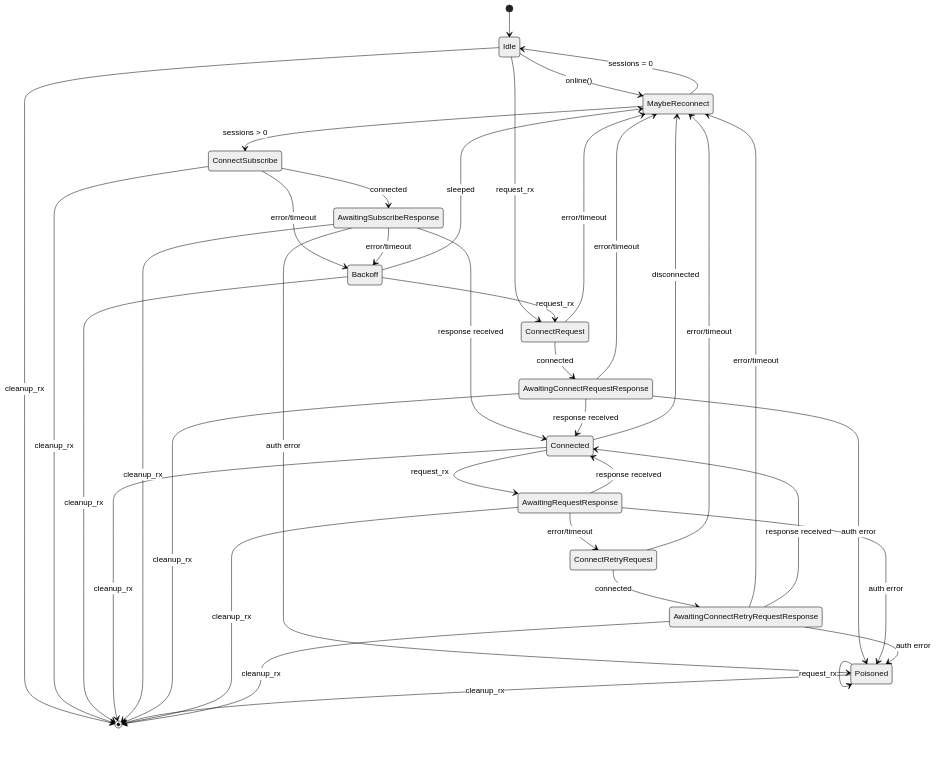
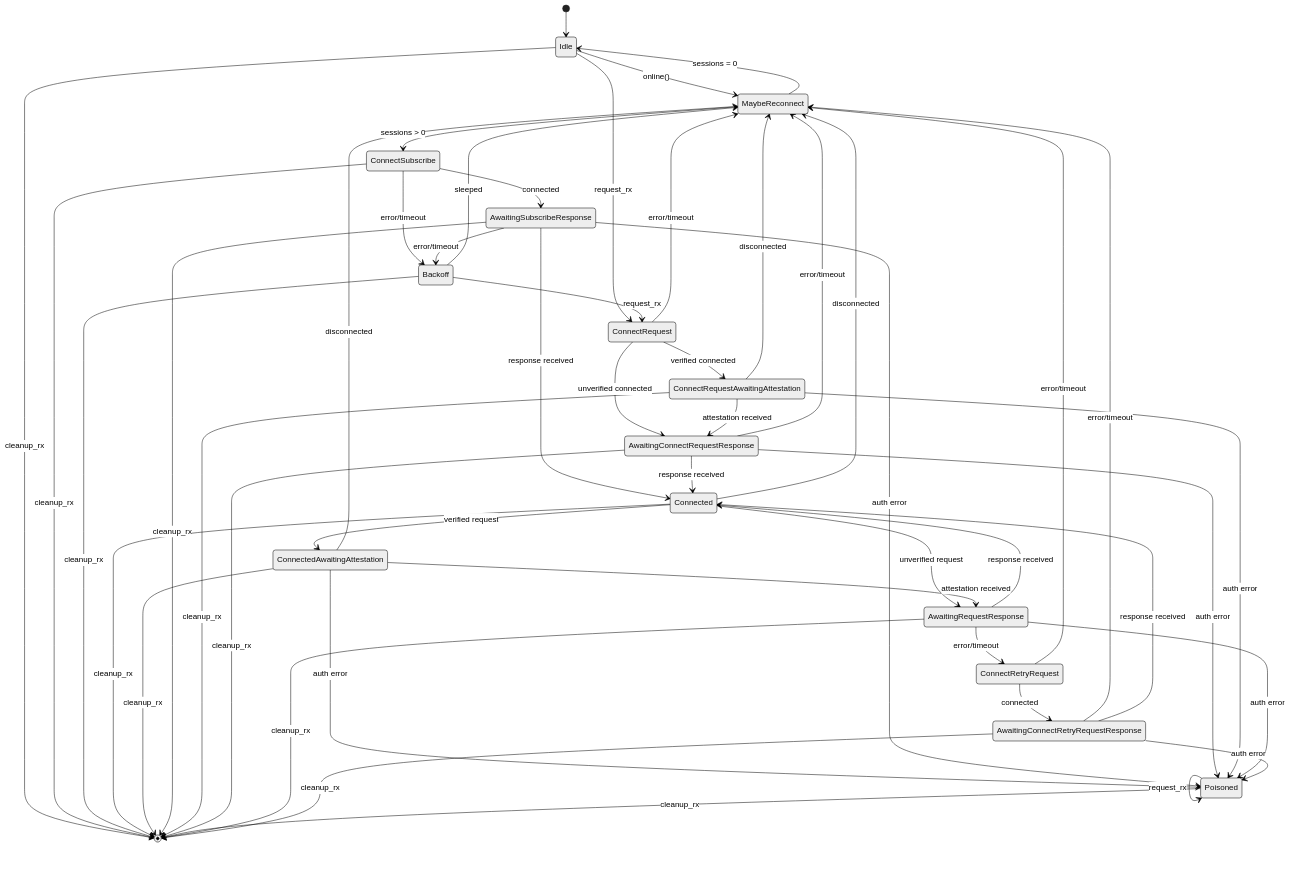
Before and after one commit to reown-com/yttrium: the diagram in crates/yttrium/src/sign/readme.md, drawn with Mermaid (neutral theme).

Commit message:
update diagram

````diff
--- a/crates/yttrium/src/sign/readme.md
+++ b/crates/yttrium/src/sign/readme.md
@@ -1,40 +1,50 @@
 ```mermaid
 stateDiagram-v2
     [*] --> Idle
     Idle --> MaybeReconnect: online()
     Idle --> ConnectRequest: request_rx
     Idle --> [*]: cleanup_rx
     MaybeReconnect --> ConnectSubscribe: sessions > 0
     MaybeReconnect --> Idle: sessions = 0
     ConnectSubscribe --> AwaitingSubscribeResponse: connected
     ConnectSubscribe --> Backoff: error/timeout
     ConnectSubscribe --> [*]: cleanup_rx
     Backoff --> MaybeReconnect: sleeped
     Backoff --> ConnectRequest: request_rx
     Backoff --> [*]: cleanup_rx
     Connected --> MaybeReconnect: disconnected
-    Connected --> AwaitingRequestResponse: request_rx
+    Connected --> AwaitingRequestResponse: unverified request
+    Connected --> ConnectedAwaitingAttestation: verified request
     Connected --> [*]: cleanup_rx
+    ConnectedAwaitingAttestation --> AwaitingRequestResponse: attestation received
+    ConnectedAwaitingAttestation --> MaybeReconnect: disconnected
+    ConnectedAwaitingAttestation --> Poisoned: auth error
+    ConnectedAwaitingAttestation --> [*]: cleanup_rx
     AwaitingSubscribeResponse --> Connected: response received
     AwaitingSubscribeResponse --> Poisoned: auth error
     AwaitingSubscribeResponse --> [*]: cleanup_rx
     AwaitingConnectRequestResponse --> Poisoned: auth error
-    ConnectRequest --> AwaitingConnectRequestResponse: connected
+    ConnectRequest --> AwaitingConnectRequestResponse: unverified connected
+    ConnectRequest --> ConnectRequestAwaitingAttestation: verified connected
+    ConnectRequest --> MaybeReconnect: error/timeout
+    ConnectRequestAwaitingAttestation --> AwaitingConnectRequestResponse: attestation received
+    ConnectRequestAwaitingAttestation --> MaybeReconnect: disconnected
+    ConnectRequestAwaitingAttestation --> Poisoned: auth error
+    ConnectRequestAwaitingAttestation --> [*]: cleanup_rx
     AwaitingConnectRequestResponse --> Connected: response received
     AwaitingConnectRequestResponse --> MaybeReconnect: error/timeout
     Poisoned --> Poisoned: request_rx
     AwaitingSubscribeResponse --> Backoff: error/timeout
     AwaitingConnectRequestResponse --> [*]: cleanup_rx
-    ConnectRequest --> MaybeReconnect: error/timeout
     Poisoned --> [*]: cleanup_rx
     AwaitingRequestResponse --> ConnectRetryRequest: error/timeout
     AwaitingRequestResponse --> Poisoned: auth error
     AwaitingRequestResponse --> Connected: response received
     AwaitingRequestResponse --> [*]: cleanup_rx
     ConnectRetryRequest --> MaybeReconnect: error/timeout
     AwaitingConnectRetryRequestResponse --> MaybeReconnect: error/timeout
     AwaitingConnectRetryRequestResponse --> Poisoned: auth error
     AwaitingConnectRetryRequestResponse --> Connected: response received
     ConnectRetryRequest --> AwaitingConnectRetryRequestResponse: connected
     AwaitingConnectRetryRequestResponse --> [*]: cleanup_rx
 ```
````
